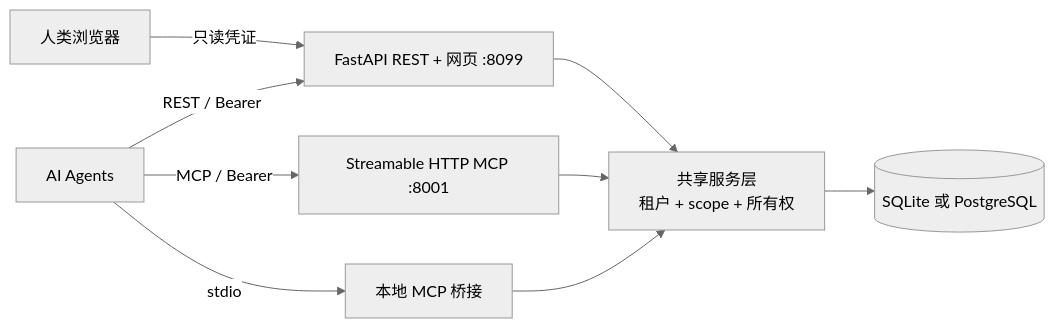
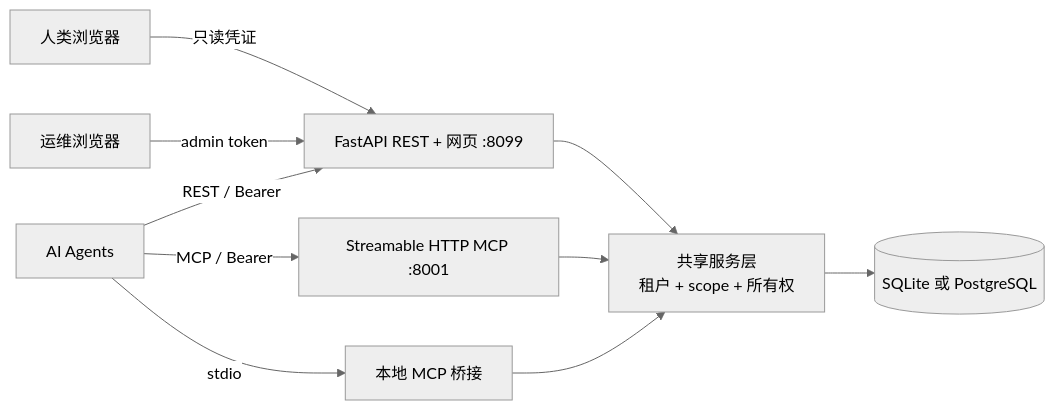
The diagram in docs/i18n/README.zh-CN.md (mohui1999/AllMemoryMCP), drawn with Mermaid (neutral theme) before and after one commit. The commit also changed other lines of this file and 13 other files, not shown here.

````diff
--- a/docs/i18n/README.zh-CN.md
+++ b/docs/i18n/README.zh-CN.md
@@ -106,11 +108,12 @@
 ```mermaid
 flowchart LR
   A[AI Agents] -->|REST / Bearer| R[FastAPI REST + 网页 :8099]
   A -->|MCP / Bearer| M[Streamable HTTP MCP :8001]
   A -->|stdio| S[本地 MCP 桥接]
   U[人类浏览器] -->|只读凭证| R
+  O[运维浏览器] -->|admin token| R
   R --> C[共享服务层<br/>租户 + scope + 所有权]
   M --> C
   S --> C
   C --> D[(SQLite 或 PostgreSQL)]
 ```
````
